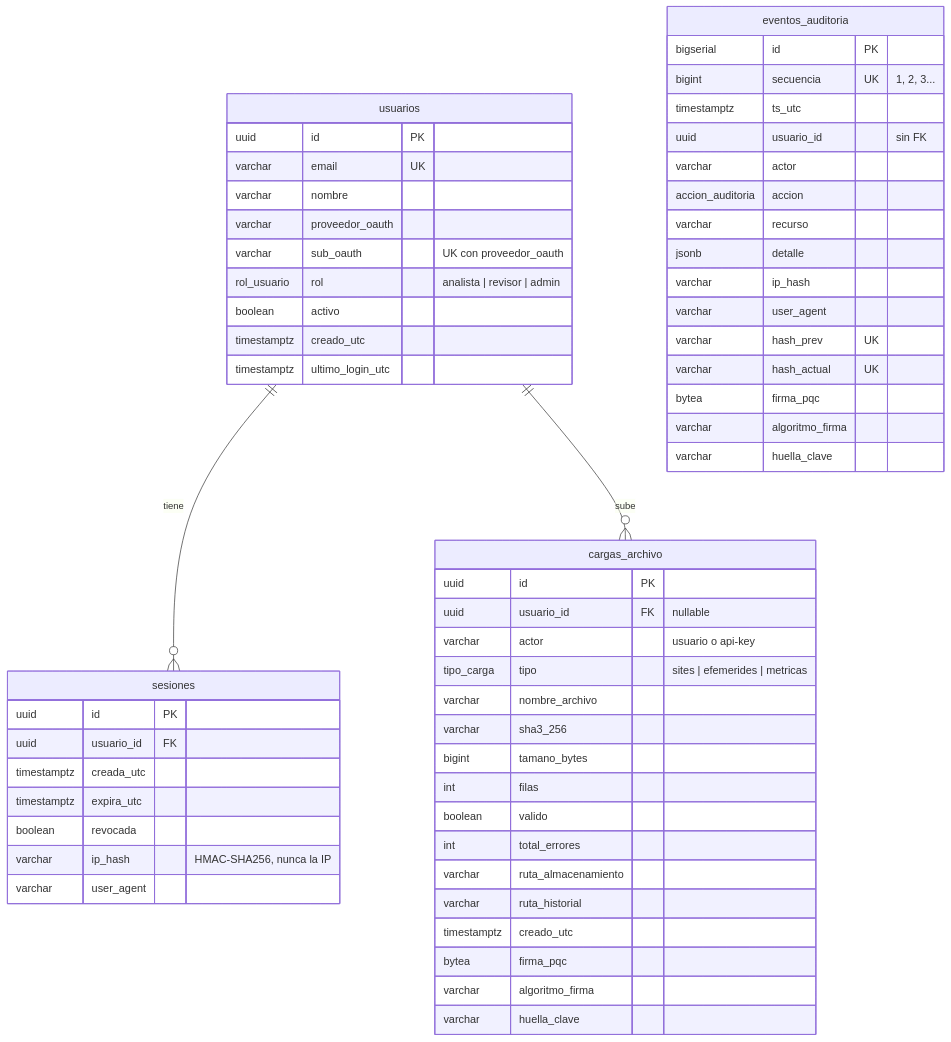
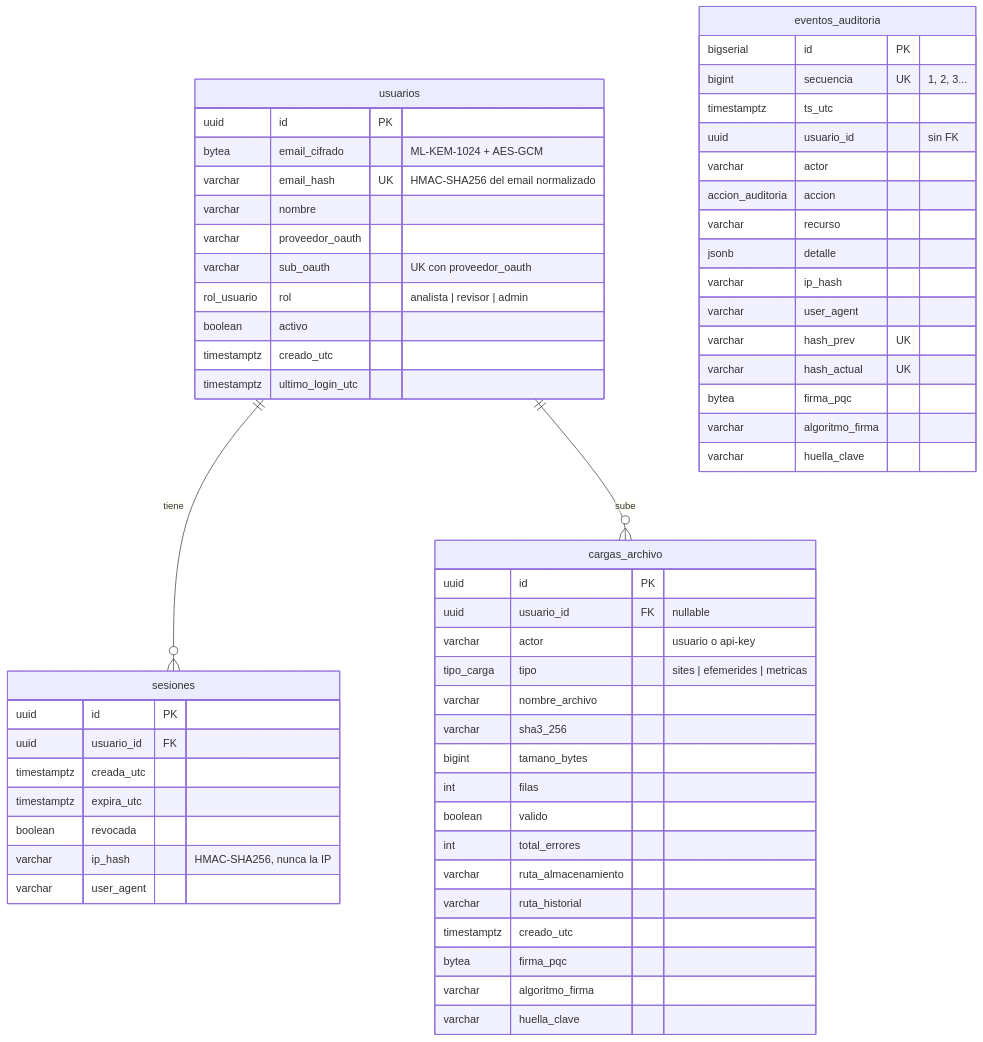
The diagram in docs/bd/modelo-datos.md (ACHAVESTA-Git/ApogeoNavigator-Backend), drawn with Mermaid before and after one commit. The commit also changed other lines of this file, not shown here.

Commit message:
docs(HU-13): documentar el email cifrado, la rotación y las migraciones

````diff
--- a/docs/bd/modelo-datos.md
+++ b/docs/bd/modelo-datos.md
@@ -11,61 +11,62 @@
 ```mermaid
 erDiagram
     usuarios ||--o{ sesiones : "tiene"
     usuarios ||--o{ cargas_archivo : "sube"
 
     usuarios {
         uuid id PK
-        varchar email UK
+        bytea email_cifrado "ML-KEM-1024 + AES-GCM"
+        varchar email_hash UK "HMAC-SHA256 del email normalizado"
         varchar nombre
         varchar proveedor_oauth
         varchar sub_oauth "UK con proveedor_oauth"
         rol_usuario rol "analista | revisor | admin"
         boolean activo
         timestamptz creado_utc
         timestamptz ultimo_login_utc
     }
     sesiones {
         uuid id PK
         uuid usuario_id FK
         timestamptz creada_utc
         timestamptz expira_utc
         boolean revocada
         varchar ip_hash "HMAC-SHA256, nunca la IP"
         varchar user_agent
     }
     cargas_archivo {
         uuid id PK
         uuid usuario_id FK "nullable"
         varchar actor "usuario o api-key"
         tipo_carga tipo "sites | efemerides | metricas"
         varchar nombre_archivo
         varchar sha3_256
         bigint tamano_bytes
         int filas
         boolean valido
         int total_errores
         varchar ruta_almacenamiento
         varchar ruta_historial
         timestamptz creado_utc
         bytea firma_pqc
         varchar algoritmo_firma
         varchar huella_clave
     }
     eventos_auditoria {
         bigserial id PK
         bigint secuencia UK "1, 2, 3..."
         timestamptz ts_utc
         uuid usuario_id "sin FK"
         varchar actor
         accion_auditoria accion
         varchar recurso
         jsonb detalle
         varchar ip_hash
         varchar user_agent
         varchar hash_prev UK
         varchar hash_actual UK
         bytea firma_pqc
         varchar algoritmo_firma
         varchar huella_clave
     }
 ```
````
